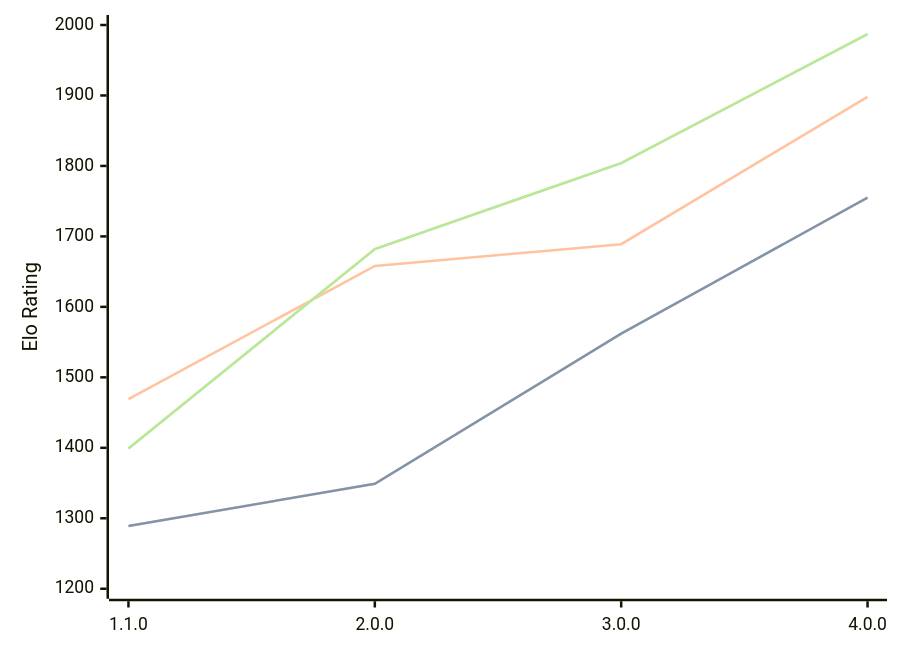
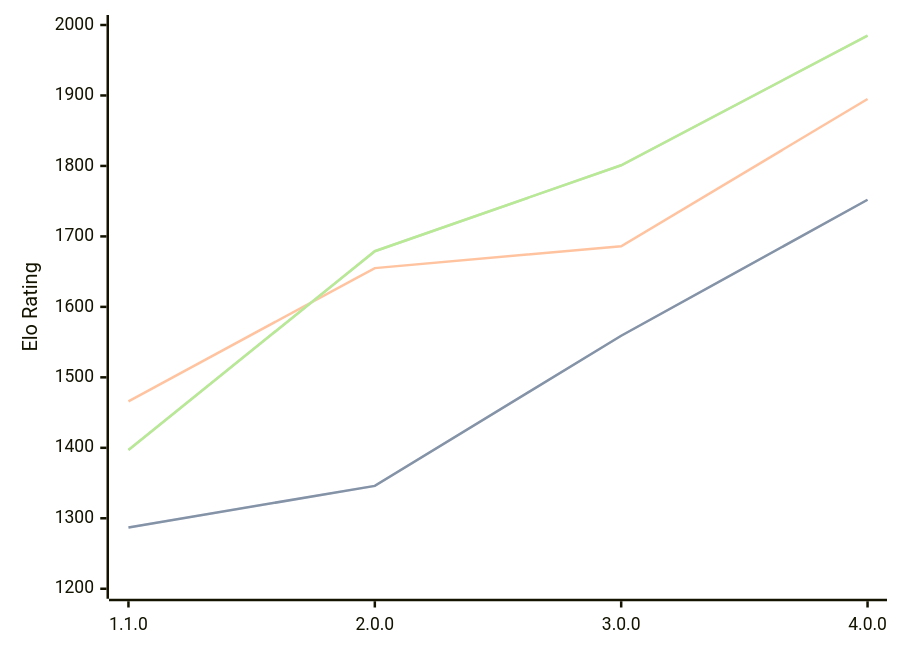
The third of 3 diagrams in engines/Laura.md (computer-chess-index/cci), drawn with Mermaid before and after one commit. The commit also changed other lines of this file, not shown here.

Commit message:
Update CCI Ratings (ELO VLTC) - 2026-07-16

````diff
--- a/engines/Laura.md
+++ b/engines/Laura.md
@@ -68,11 +68,11 @@
 ```mermaid
 %%{init: {"theme":"base","themeVariables":{"seriesColors:['#a3a3a3','#222221','#faa371']}}}%%
 xychart-beta
   x-axis ["1.1.0", "2.0.0", "3.0.0", "4.0.0"]
   y-axis "Elo Rating" 1200 --> 2000
-  line "STC (8.0+0.08s)" [1289, 1349, 1562, 1755]
-  line "STC (8.0+0.08s)" [1289, 1349, 1562, 1755]
-  line "LTC (60.0+0.60s)" [1469, 1658, 1689, 1898]
-  line "VLTC (2m24s+1.12s)" [1399, 1682, 1804, 1987]
-  line "VLTC (2m24s+1.12s)" [1399, 1682, 1804, 1987]
+  line "STC (8.0+0.08s)" [1287, 1346, 1559, 1752]
+  line "STC (8.0+0.08s)" [1287, 1346, 1559, 1752]
+  line "LTC (60.0+0.60s)" [1466, 1655, 1686, 1895]
+  line "VLTC (2m24s+1.12s)" [1397, 1679, 1801, 1985]
+  line "VLTC (2m24s+1.12s)" [1397, 1679, 1801, 1985]
 ```
````
